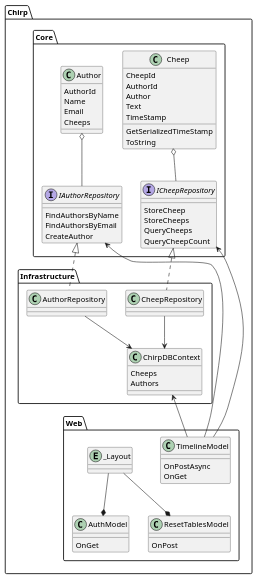
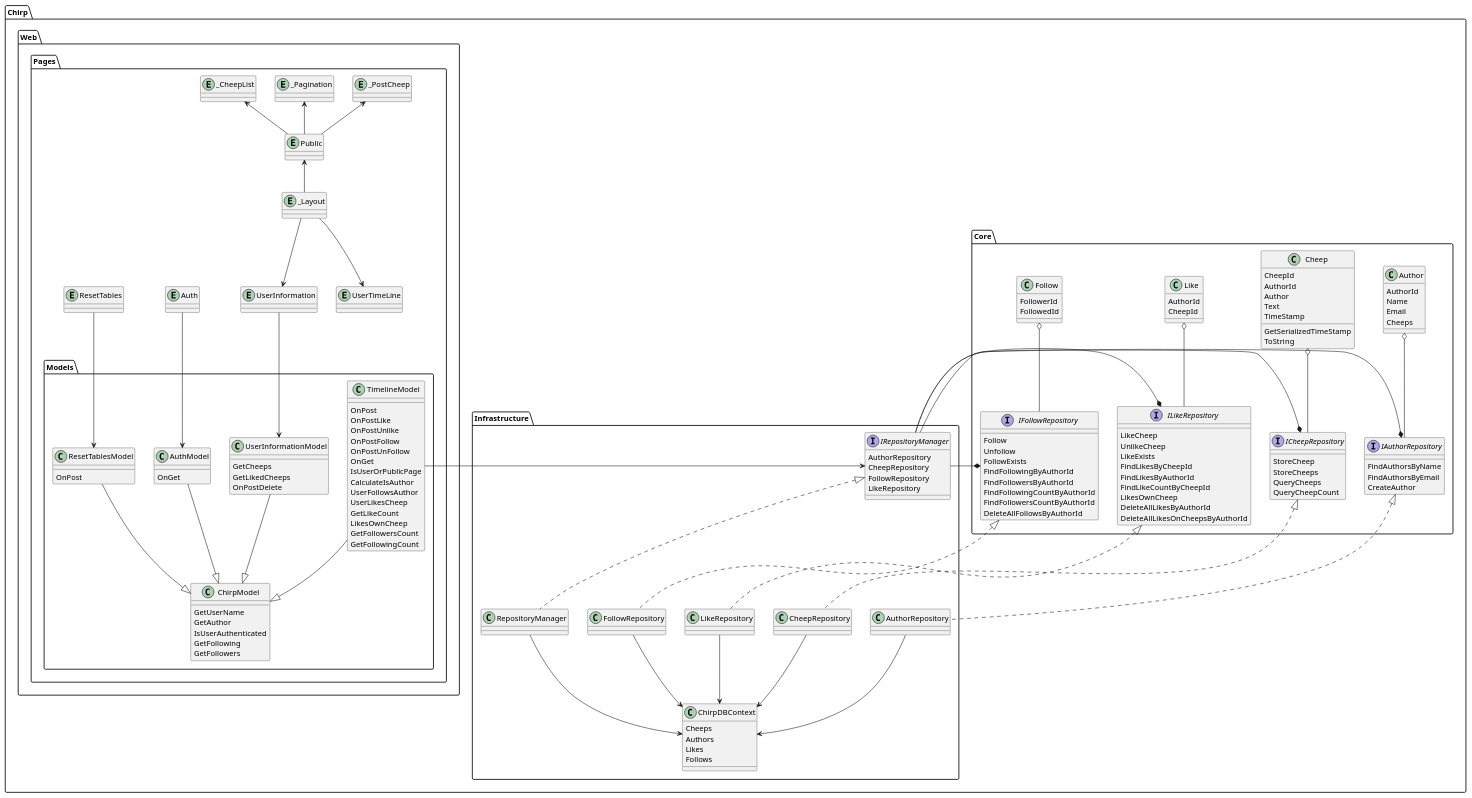
Before and after one commit to ITU-BDSA23-GROUP3/Chirp: the diagram in diagrams/chirp.puml, drawn with PlantUML.

Commit message:
update uml

```diff
--- a/diagrams/chirp.puml
+++ b/diagrams/chirp.puml
@@ -1,82 +1,198 @@
-@startuml
+@startuml uml
 package Chirp {
-
     package Chirp.Core {
         interface IAuthorRepository {
             {method} FindAuthorsByName
             {method} FindAuthorsByEmail
             {method} CreateAuthor
             
         }
         interface ICheepRepository {
             {method} StoreCheep
             {method} StoreCheeps
             {method} QueryCheeps
             {method} QueryCheepCount
         }
+    
+        interface IFollowRepository {
+            {method} Follow
+            {method} Unfollow
+            {method} FollowExists
+            {method} FindFollowingByAuthorId
+            {method} FindFollowersByAuthorId
+            {method} FindFollowingCountByAuthorId
+            {method} FindFollowersCountByAuthorId
+            {method} DeleteAllFollowsByAuthorId
+        }
+
+        interface ILikeRepository{
+            {method} LikeCheep
+            {method} UnlikeCheep
+            {method} LikeExists
+            {method} FindLikesByCheepId
+            {method} FindLikesByAuthorId
+            {method} FindLikeCountByCheepId
+            {method} LikesOwnCheep
+            {method} DeleteAllLikesByAuthorId
+            {method} DeleteAllLikesOnCheepsByAuthorId
+        }
+
         class Author
         {
             AuthorId
             Name
             Email
             Cheeps
         }
         
         class Cheep
         {
             CheepId
             AuthorId
             Author
             Text
             TimeStamp
             {method}GetSerializedTimeStamp
             {method}ToString
         }
+
+        class Like {
+            AuthorId
+            CheepId
+        }
+
+        class Follow{
+            FollowerId
+            FollowedId
+        }
+
         Author o-- IAuthorRepository
         Cheep o-- ICheepRepository
+        Follow o-- IFollowRepository
+        Like o-- ILikeRepository
     }
 
     package Chirp.Infrastructure {
+        interface IRepositoryManager{
+            AuthorRepository
+            CheepRepository
+            FollowRepository
+            LikeRepository
+        }
+
+        class RepositoryManager{
+        }
+
         class AuthorRepository {
         }
         
         class CheepRepository {
         }
-        
+
+        class FollowRepository{
+        }
+
+        class LikeRepository{
+        }
+
         class ChirpDBContext{
             Cheeps
             Authors
+            Likes
+            Follows
         }
 
         IAuthorRepository <|.. AuthorRepository
         ICheepRepository <|.. CheepRepository
+        IFollowRepository <|.. FollowRepository 
+        ILikeRepository <|.. LikeRepository 
+        IRepositoryManager <|.. RepositoryManager
+
         AuthorRepository --> ChirpDBContext
         CheepRepository --> ChirpDBContext
+        LikeRepository --> ChirpDBContext
+        FollowRepository --> ChirpDBContext
+
+        IRepositoryManager --* IAuthorRepository
+        IRepositoryManager --* ICheepRepository
+        IRepositoryManager --* IFollowRepository
+        IRepositoryManager --* ILikeRepository
+
+        RepositoryManager --> ChirpDBContext
     }
 
     package Chirp.Web {
-        
-        class TimelineModel {
-            {method} OnPostAsync
-            {method} OnGet
+        package Chirp.Web.Pages {
+            package Chirp.Web.Pages.Models{
+                class ChirpModel {
+                    {method} GetUserName
+                    {method} GetAuthor
+                    {method} IsUserAuthenticated
+                    {method} GetFollowing
+                    {method} GetFollowers
+                }
+
+                class TimelineModel {
+                    {method} OnPost
+                    {method} OnPostLike
+                    {method} OnPostUnlike
+                    {method} OnPostFollow
+                    {method} OnPostUnFollow
+                    {method} OnGet
+                    {method} IsUserOrPublicPage
+                    {method} CalculateIsAuthor
+                    {method} UserFollowsAuthor
+                    {method} UserLikesCheep
+                    {method} GetLikeCount
+                    {method} LikesOwnCheep
+                    {method} GetFollowersCount
+                    {method} GetFollowingCount
+                }
+
+                class AuthModel {
+                    {method} OnGet
+                }
+
+                class ResetTablesModel{
+                    {method} OnPost
+                }
+
+                class UserInformationModel{
+                    {method} GetCheeps
+                    {method} GetLikedCheeps
+                    {method} OnPostDelete
+                }
+
+
+                TimelineModel --|> ChirpModel
+                AuthModel --|> ChirpModel
+                ResetTablesModel --|> ChirpModel
+                UserInformationModel --|> ChirpModel
+                TimelineModel -left-> IRepositoryManager
+            }
+            entity Auth{}
+            entity Public{}
+            entity ResetTables{}
+            entity UserInformation{}
+            entity UserTimeLine{}
+            entity _CheepList{}
+            entity _Layout{}
+            entity _Pagination{}
+            entity _PostCheep{}
+
+            Auth --> AuthModel
+            ResetTables --> ResetTablesModel
+            UserInformation --> UserInformationModel
+
+            _Layout -up-> Public
+            _Layout --> UserInformation
+            _Layout --> UserTimeLine
+            Public -up-> _CheepList
+            Public -up-> _Pagination
+            Public -up-> _PostCheep
+
         }
-        
-        class AuthModel {
-            {method} OnGet
-        }
-        
-        class ResetTablesModel{
-            {method} OnPost
-        }
-        
-        entity _Layout{}
-        
-        TimelineModel -up-> ICheepRepository
-        TimelineModel -up-> IAuthorRepository
-        TimelineModel -up-> ChirpDBContext
-        _Layout --* AuthModel
-        _Layout --* ResetTablesModel
-        
+
     }
 }
 @enduml
```
